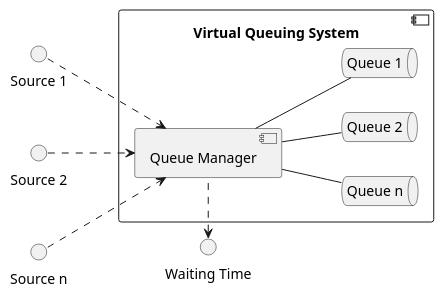
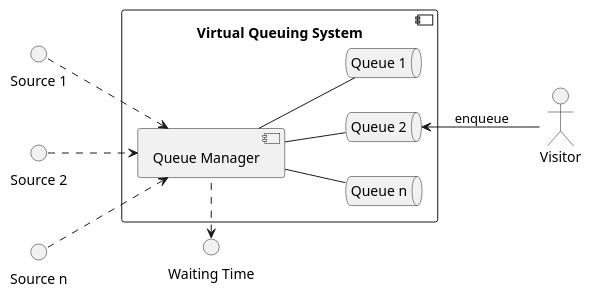
The diagram in doc/res/virtual-queuing.puml (ICPS-MicroCity/amusement-park-analysis), drawn with PlantUML before and after one commit. The commit also changed 2 other files, not shown here.

```diff
--- a/doc/res/virtual-queuing.puml
+++ b/doc/res/virtual-queuing.puml
@@ -1,26 +1,30 @@
 @startuml virtual-queuing
 left to right direction
 component "Virtual Queuing System" as vqs {
     component "Queue Manager" as qm
     queue "Queue n" as qn
     queue "Queue 2" as q2
     queue "Queue 1" as q1
 
     qm -down- qn
     qm -down- q2
     qm -down- q1
 }
 
 interface "Source 1" as s1
 interface "Source 2" as s2
 interface "Source n" as sn
 
 interface "Waiting Time" as wt
 
+actor "Visitor" as visitor
+
 qm <.up. sn
 qm <.up. s2
 qm <.up. s1
 
+q2 <-- visitor: enqueue
+
 qm .left.> wt
 
 @enduml
```
